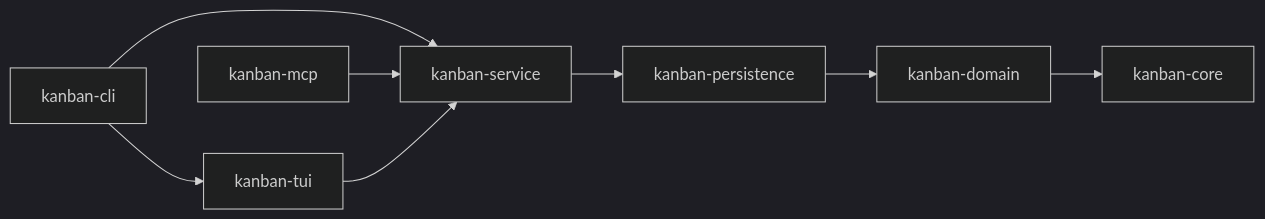
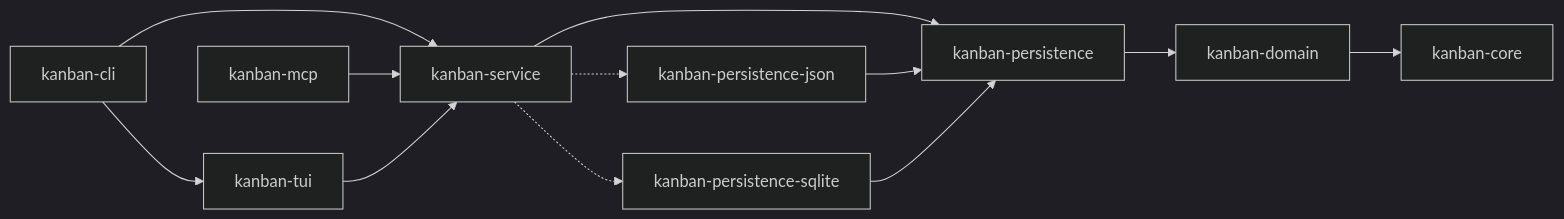
Before and after one commit to fulsomenko/kanban: the diagram in CLAUDE.md, drawn with Mermaid (dark theme). The commit also changed other lines of this file and 2 other files, not shown here.

First line of the commit message:
docs: update workspace structure and diagrams for pluggable persistence

````diff
--- a/CLAUDE.md
+++ b/CLAUDE.md
@@ -44,10 +46,14 @@
 ```mermaid
 graph LR
     CLI[kanban-cli] --> TUI[kanban-tui]
     CLI --> SVC[kanban-service]
     MCP[kanban-mcp] --> SVC
     TUI --> SVC
     SVC --> PER[kanban-persistence]
+    SVC -.-> JSON[kanban-persistence-json]
+    SVC -.-> SQL[kanban-persistence-sqlite]
+    JSON --> PER
+    SQL --> PER
     PER --> DOM[kanban-domain]
     DOM --> CORE[kanban-core]
 ```
````
